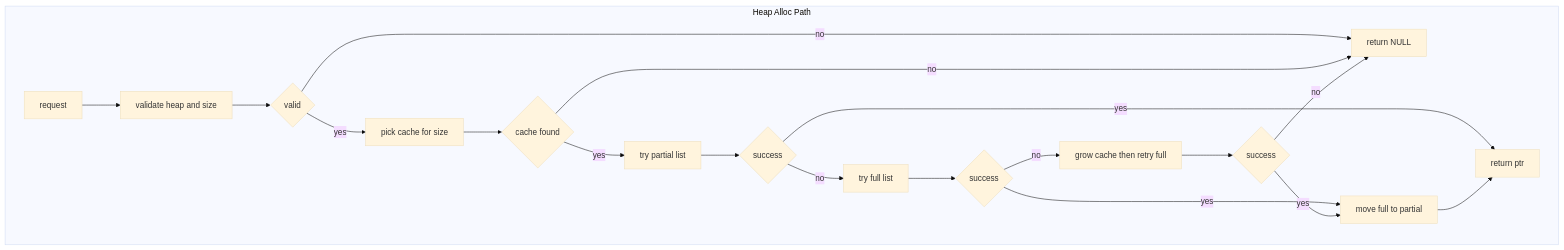
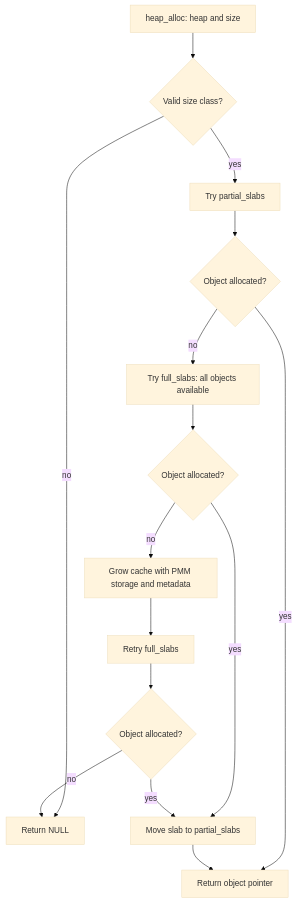
The ninth of 11 diagrams in docs/DIAGRAMS.md (marwan475/Arx), drawn with Mermaid (base theme) before and after one commit. The commit also changed other lines of this file and 12 other files, not shown here.

Commit message:
update platform diagrams

````diff
--- a/docs/DIAGRAMS.md
+++ b/docs/DIAGRAMS.md
@@ -167,22 +191,19 @@
 ```mermaid
-flowchart TD
-    subgraph Heap Alloc Path
-        A0[request] --> A1[validate heap and size]
-        A1 --> A2{valid}
-        A2 -- no --> A3[return NULL]
-        A2 -- yes --> A4[pick cache for size]
-        A4 --> A5{cache found}
-        A5 -- no --> A3
-        A5 -- yes --> A6[try partial list]
-        A6 --> A7{success}
-        A7 -- yes --> A8[return ptr]
-        A7 -- no --> A9[try full list]
-        A9 --> A10{success}
-        A10 -- yes --> A11[move full to partial]
-        A11 --> A8
-        A10 -- no --> A12[grow cache then retry full]
-        A12 --> A13{success}
-        A13 -- yes --> A11
-        A13 -- no --> A3
-    end
+flowchart TB
+    accTitle: Small-object heap allocation
+    accDescr: Select a size class, reuse a slab or grow the cache, and return an object.
+    A[heap_alloc: heap and size] --> B{Valid size class?}
+    B -- no --> X[Return NULL]
+    B -- yes --> C[Try partial_slabs]
+    C --> D{Object allocated?}
+    D -- yes --> R[Return object pointer]
+    D -- no --> E[Try full_slabs: all objects available]
+    E --> F{Object allocated?}
+    F -- yes --> M[Move slab to partial_slabs]
+    F -- no --> G[Grow cache with PMM storage and metadata]
+    G --> H[Retry full_slabs]
+    H --> I{Object allocated?}
+    I -- no --> X
+    I -- yes --> M
+    M --> R
 ```
````
